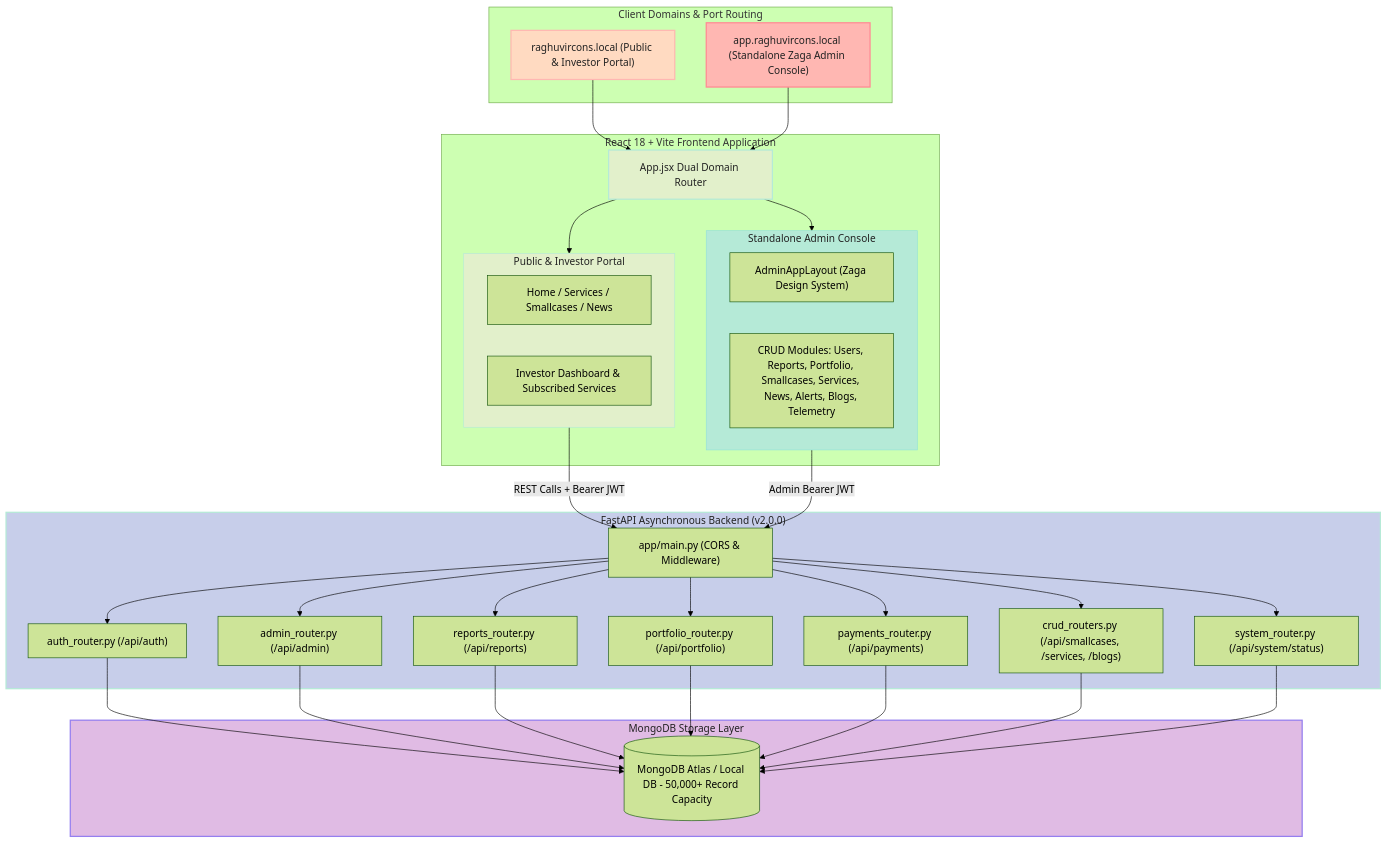
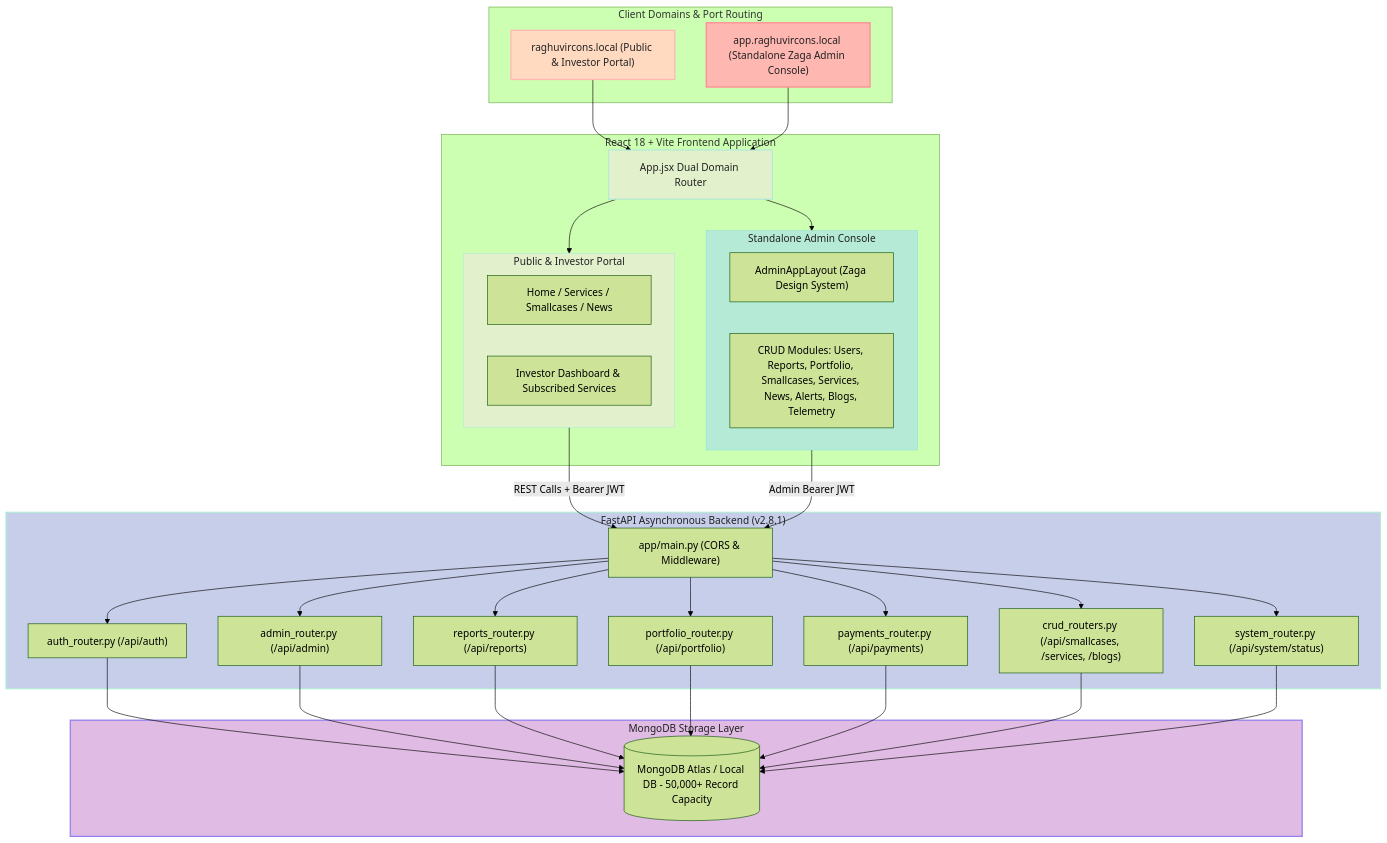
One commit to tejasrsuthar/investment-strategy-all-weather changed the first of 2 diagrams in backend/docs/ARCHITECTURE.md. Above: the diagram before and after it, drawn with Mermaid (forest theme). The commit also changed other lines of this file and 8 other files, not shown here.

````diff
--- a/backend/docs/ARCHITECTURE.md
+++ b/backend/docs/ARCHITECTURE.md
@@ -14,70 +14,70 @@
 ```mermaid
 graph TD
     subgraph ClientDomains["Client Domains & Port Routing"]
         PublicDomain["raghuvircons.local (Public & Investor Portal)"]
         AdminDomain["app.raghuvircons.local (Standalone Zaga Admin Console)"]
     end
 
     subgraph ReactFrontend["React 18 + Vite Frontend Application"]
         AppRouter["App.jsx Dual Domain Router"]
         
         subgraph PublicPortal["Public & Investor Portal"]
           PublicViews["Home / Services / Smallcases / News"]
           InvestorPortal["Investor Dashboard & Subscribed Services"]
         end
 
         subgraph ZagaAdmin["Standalone Admin Console"]
           AdminLayout["AdminAppLayout (Zaga Design System)"]
           AdminModules["CRUD Modules: Users, Reports, Portfolio, Smallcases, Services, News, Alerts, Blogs, Telemetry"]
         end
       end
 
-    subgraph FastAPIServer["FastAPI Asynchronous Backend (v2.0.0)"]
+    subgraph FastAPIServer["FastAPI Asynchronous Backend (v2.8.1)"]
         API["app/main.py (CORS & Middleware)"]
         AuthRouter["auth_router.py (/api/auth)"]
         AdminRouter["admin_router.py (/api/admin)"]
         ReportsRouter["reports_router.py (/api/reports)"]
         PortfolioRouter["portfolio_router.py (/api/portfolio)"]
         PaymentsRouter["payments_router.py (/api/payments)"]
         CRUDRouters["crud_routers.py (/api/smallcases, /services, /blogs)"]
         SystemRouter["system_router.py (/api/system/status)"]
     end
 
     subgraph DataStore["MongoDB Storage Layer"]
         MongoDB[(MongoDB Atlas / Local DB - 50,000+ Record Capacity)]
     end
 
     PublicDomain --> AppRouter
     AdminDomain --> AppRouter
 
     AppRouter --> PublicPortal
     AppRouter --> ZagaAdmin
 
     PublicPortal -->|REST Calls + Bearer JWT| API
     ZagaAdmin -->|Admin Bearer JWT| API
 
     API --> AuthRouter
     API --> AdminRouter
     API --> ReportsRouter
     API --> PortfolioRouter
     API --> PaymentsRouter
     API --> CRUDRouters
     API --> SystemRouter
 
     AuthRouter --> MongoDB
     AdminRouter --> MongoDB
     ReportsRouter --> MongoDB
     PortfolioRouter --> MongoDB
     PaymentsRouter --> MongoDB
     CRUDRouters --> MongoDB
     SystemRouter --> MongoDB
 
     %% Pastel Color Palette Styling
     style PublicDomain fill:#FFDAC1,stroke:#FFB7B2,stroke-width:2px,color:#222;
     style AdminDomain fill:#FFB7B2,stroke:#FF8B94,stroke-width:2px,color:#222;
     style AppRouter fill:#E2F0CB,stroke:#B5EAD7,stroke-width:2px,color:#222;
     style PublicPortal fill:#E2F0CB,stroke:#B5EAD7,stroke-width:1px,color:#222;
     style ZagaAdmin fill:#B5EAD7,stroke:#93E1D8,stroke-width:1px,color:#222;
     style FastAPIServer fill:#C7CEEA,stroke:#B5EAD7,stroke-width:2px,color:#222;
     style DataStore fill:#E0BBE4,stroke:#957FEF,stroke-width:2px,color:#222;
 ```
````
